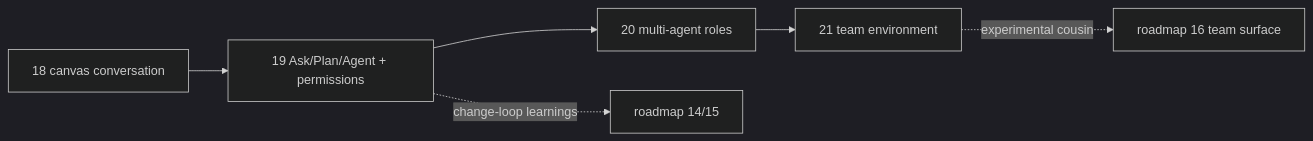
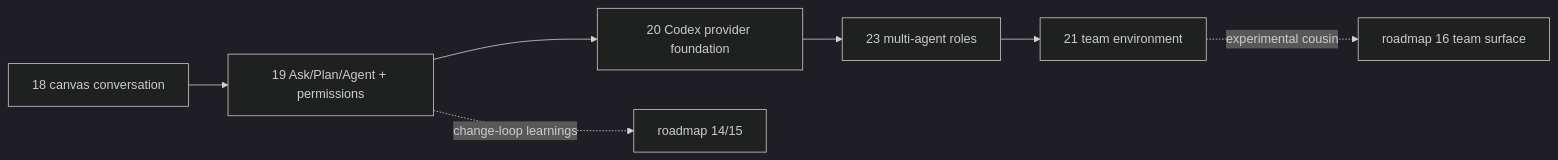
Before and after one commit to dmitry-yudakov/code-vis: the diagram in stories/EPIC-20260806-web2-operational-collaboration.md, drawn with Mermaid (dark theme). The commit also changed other lines of this file and 5 other files, not shown here.

````diff
--- a/stories/EPIC-20260806-web2-operational-collaboration.md
+++ b/stories/EPIC-20260806-web2-operational-collaboration.md
@@ -50,8 +50,9 @@
 ```mermaid
 graph LR
   S18[18 canvas conversation] --> S19[19 Ask/Plan/Agent + permissions]
-  S19 --> S20[20 multi-agent roles]
-  S20 --> S21[21 team environment]
+  S19 --> S20[20 Codex provider foundation]
+  S20 --> S23[23 multi-agent roles]
+  S23 --> S21[21 team environment]
   S19 -.change-loop learnings.-> R14[roadmap 14/15]
   S21 -.experimental cousin.-> R16[roadmap 16 team surface]
 ```
````
